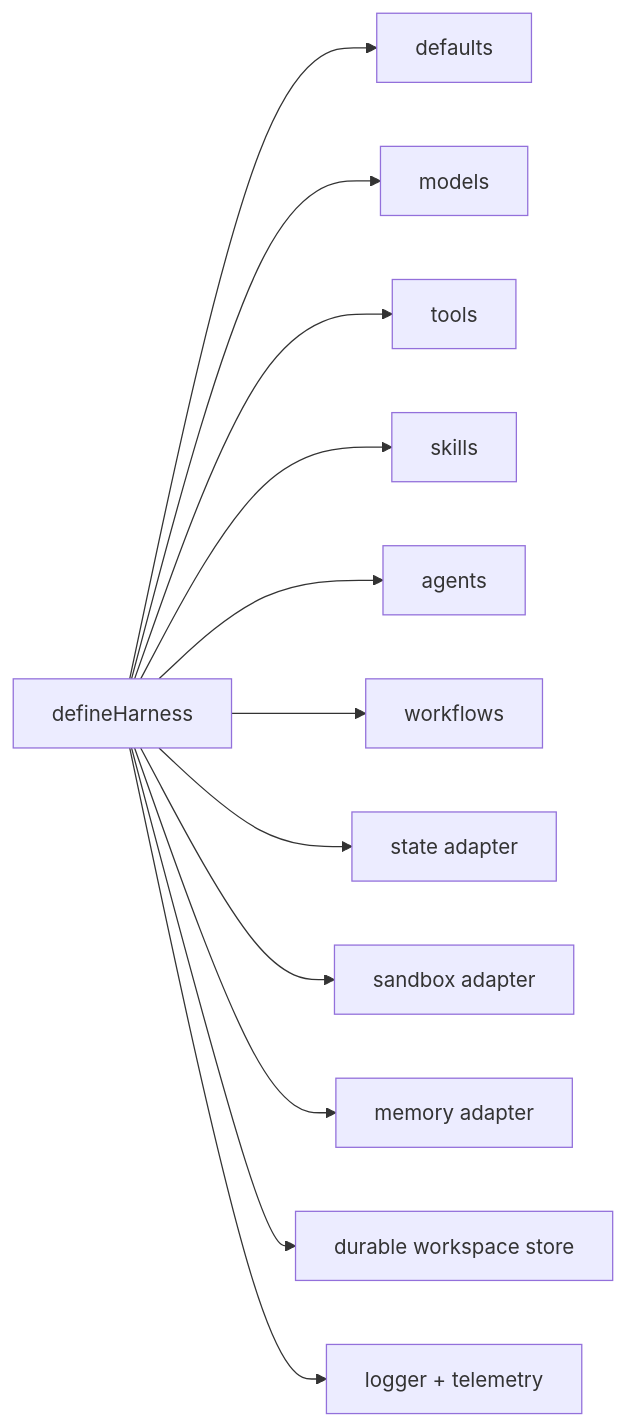
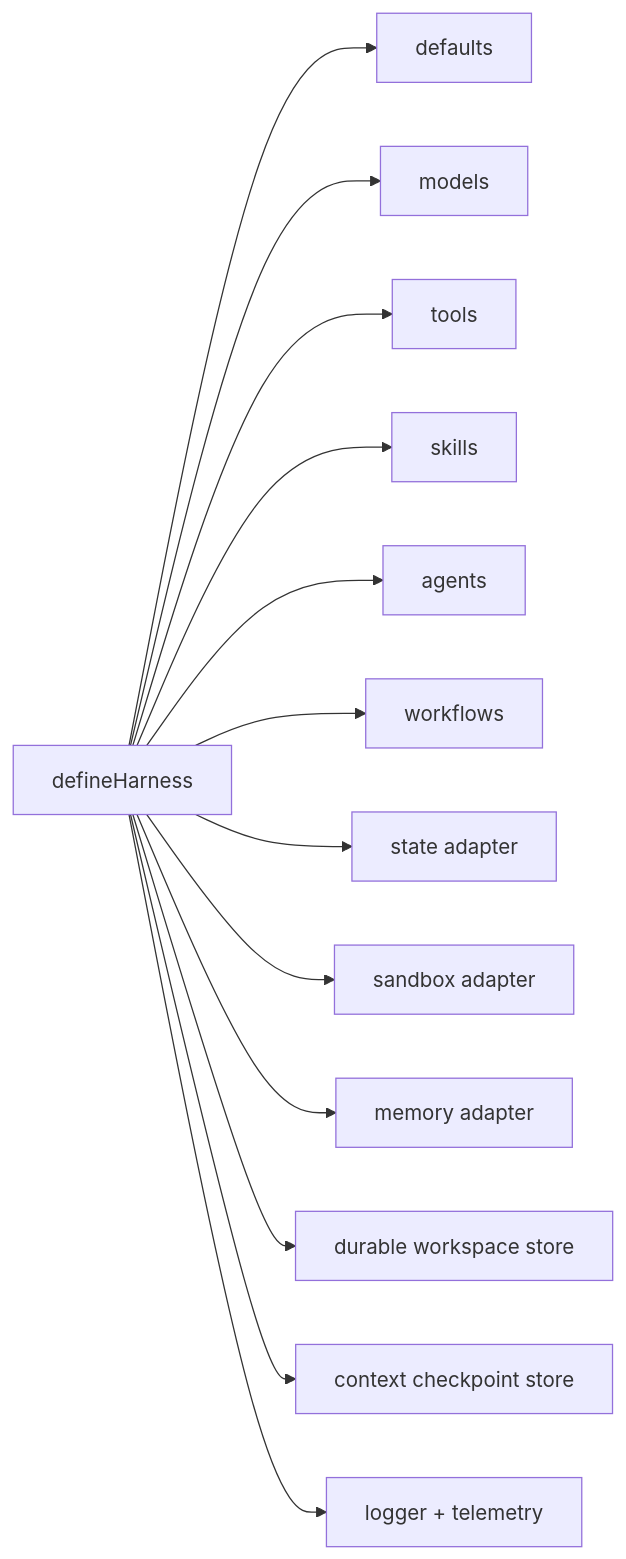
One commit to puristajs/harness changed the diagram in docs/guides/configuration.md. Above: the diagram before and after it, drawn with Mermaid. The commit also changed other lines of this file and 37 other files, not shown here.

````diff
--- a/docs/guides/configuration.md
+++ b/docs/guides/configuration.md
@@ -29,14 +29,15 @@
 ```mermaid
 flowchart LR
   Harness["defineHarness"] --> Defaults["defaults"]
   Harness --> Models["models"]
   Harness --> Tools["tools"]
   Harness --> Skills["skills"]
   Harness --> Agents["agents"]
   Harness --> Workflows["workflows"]
   Harness --> State["state adapter"]
   Harness --> Sandbox["sandbox adapter"]
   Harness --> Memory["memory adapter"]
   Harness --> Workspace["durable workspace store"]
+  Harness --> Checkpoints["context checkpoint store"]
   Harness --> Telemetry["logger + telemetry"]
 ```
````
